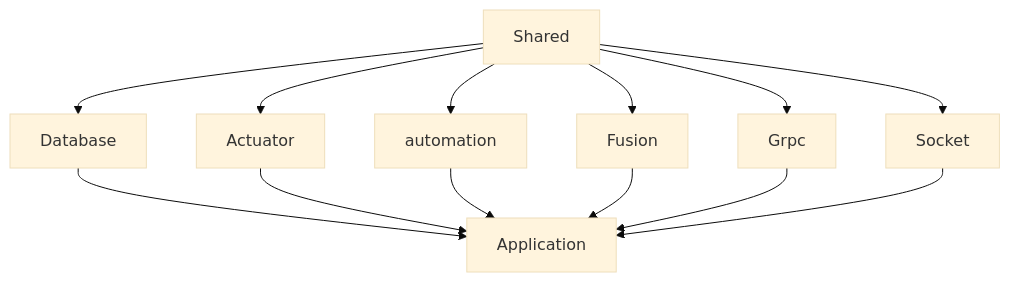
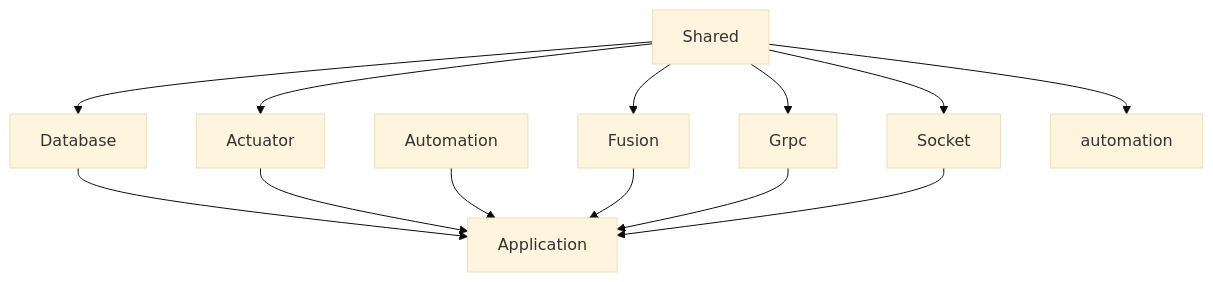
The diagram in packages/room-server/README.md (apitable/apitable), drawn with Mermaid (base theme) before and after one commit. The commit also changed other lines of this file and 1 other file, not shown here.

````diff
--- a/packages/room-server/README.md
+++ b/packages/room-server/README.md
@@ -5,15 +5,15 @@
 ```mermaid
 graph TD;
         Database-->Application;
         Actuator-->Application;
-        automation-->Application;
+        Automation-->Application;
         Fusion-->Application;
         Grpc-->Application;
         Socket-->Application;
         Shared-->Database;
         Shared-->Actuator;
         Shared-->automation;
         Shared-->Fusion;
         Shared-->Grpc;
         Shared-->Socket;
 ```
````
